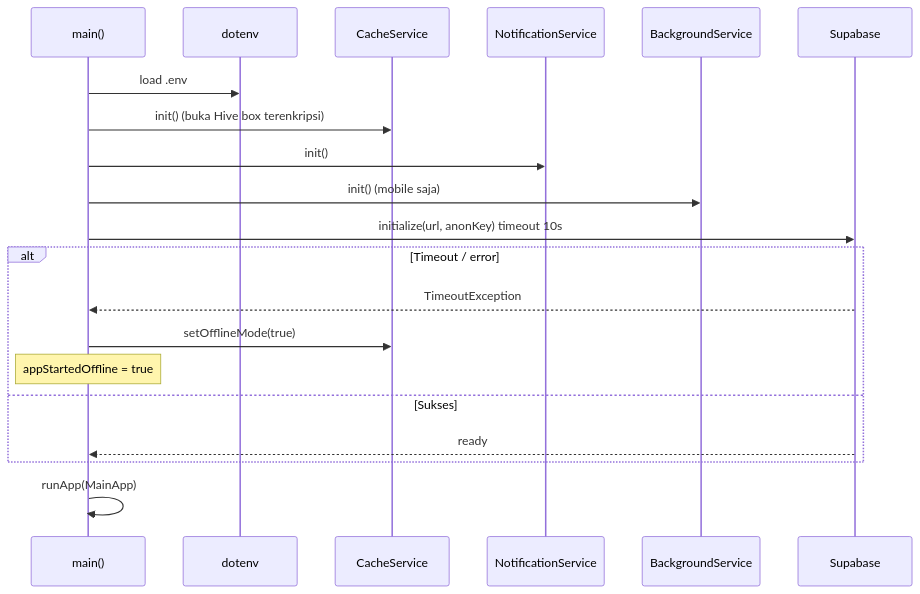
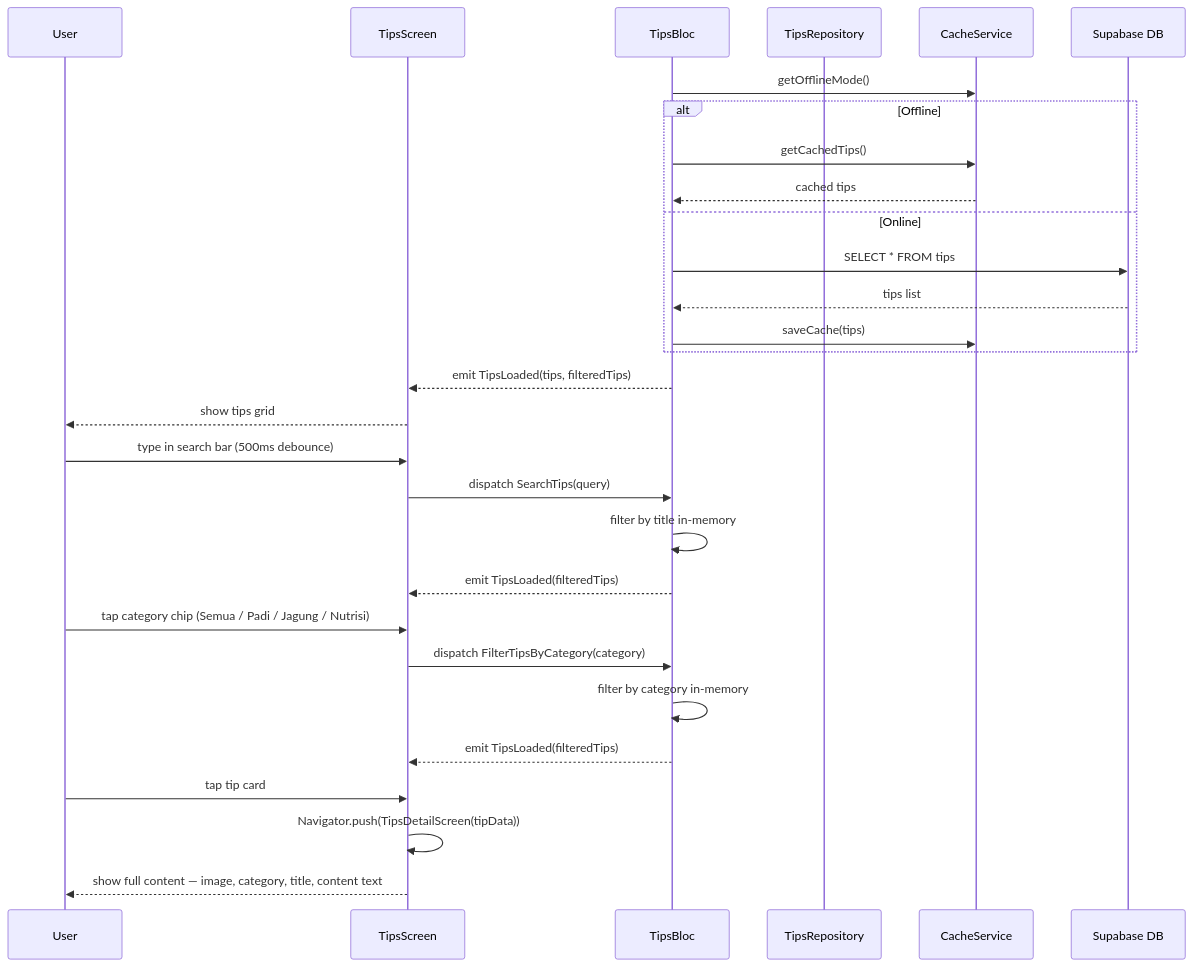
Diagram 11 of 14 in docs/SEQUENCE_DIAGRAM.md (AffanShz/Petani-Maju-V.2), drawn with Mermaid before and after one commit. The commit also changed other lines of this file and 2 other files, not shown here.

Commit message:
docs: update system architecture and activity diagrams

````diff
--- a/docs/SEQUENCE_DIAGRAM.md
+++ b/docs/SEQUENCE_DIAGRAM.md
@@ -189,23 +540,35 @@
 ```mermaid
 sequenceDiagram
-    participant Main as main()
-    participant Env as dotenv
-    participant Cache as CacheService
-    participant Notif as NotificationService
-    participant BG as BackgroundService
-    participant SB as Supabase
+    participant U as User
+    participant TS as TipsScreen
+    participant TB as TipsBloc
+    participant TR as TipsRepository
+    participant CS as CacheService
+    participant SupaDB as Supabase DB
 
-    Main->>Env: load .env
-    Main->>Cache: init() (buka Hive box terenkripsi)
-    Main->>Notif: init()
-    Main->>BG: init() (mobile saja)
-    Main->>SB: initialize(url, anonKey) timeout 10s
-    alt Timeout / error
-        SB-->>Main: TimeoutException
-        Main->>Cache: setOfflineMode(true)
-        Note over Main: appStartedOffline = true
-    else Sukses
-        SB-->>Main: ready
+    TB->>CS: getOfflineMode()
+    alt Offline
+        TB->>CS: getCachedTips()
+        CS-->>TB: cached tips
+    else Online
+        TB->>SupaDB: SELECT * FROM tips
+        SupaDB-->>TB: tips list
+        TB->>CS: saveCache(tips)
     end
-    Main->>Main: runApp(MainApp)
+    TB-->>TS: emit TipsLoaded(tips, filteredTips)
+    TS-->>U: show tips grid
+
+    U->>TS: type in search bar (500ms debounce)
+    TS->>TB: dispatch SearchTips(query)
+    TB->>TB: filter by title in-memory
+    TB-->>TS: emit TipsLoaded(filteredTips)
+
+    U->>TS: tap category chip (Semua / Padi / Jagung / Nutrisi)
+    TS->>TB: dispatch FilterTipsByCategory(category)
+    TB->>TB: filter by category in-memory
+    TB-->>TS: emit TipsLoaded(filteredTips)
+
+    U->>TS: tap tip card
+    TS->>TS: Navigator.push(TipsDetailScreen(tipData))
+    TS-->>U: show full content — image, category, title, content text
 ```
````
